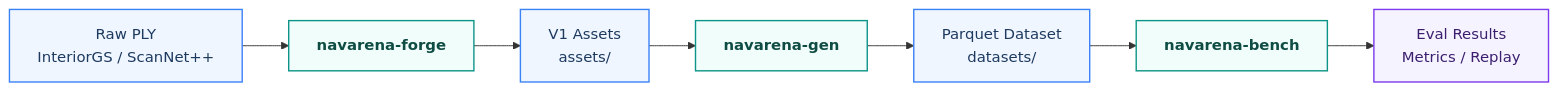
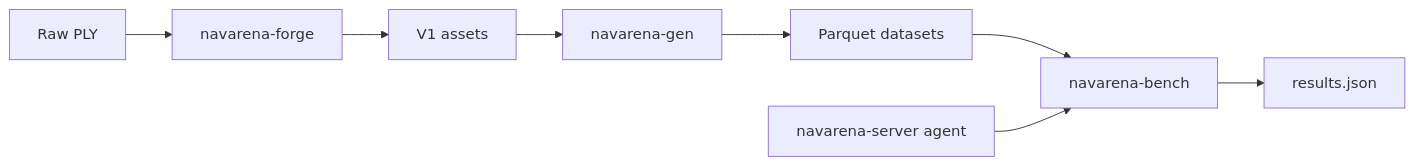
Before and after one commit to EI-Nav/NavArena-Doc: the second of 2 diagrams in docs/concepts/architecture.md, drawn with Mermaid. The commit also changed other lines of this file and 28 other files, not shown here.

First line of the commit message:
docs: trim verbose content and add navarena-server SDK section

````diff
--- a/docs/concepts/architecture.md
+++ b/docs/concepts/architecture.md
@@ -54,13 +63,10 @@
 ```mermaid
 flowchart LR
-    classDef data    fill:#EFF6FF,stroke:#3B82F6,stroke-width:1.5px,color:#1E3A5F
-    classDef module  fill:#F0FDFA,stroke:#0D9488,stroke-width:1.5px,color:#0F4C43,font-weight:600
-    classDef output  fill:#F5F3FF,stroke:#7C3AED,stroke-width:1.5px,color:#3B1F6E
-
-    A["Raw PLY\nInteriorGS / ScanNet++"]:::data --> B[navarena-forge]:::module
-    B --> C["V1 Assets\nassets/"]:::data
-    C --> D[navarena-gen]:::module
-    D --> E["Parquet Dataset\ndatasets/"]:::data
-    E --> F[navarena-bench]:::module
-    F --> G["Eval Results\nMetrics / Replay"]:::output
+    A["Raw PLY"] --> B[navarena-forge]
+    B --> C["V1 assets"]
+    C --> D[navarena-gen]
+    D --> E["Parquet datasets"]
+    E --> F[navarena-bench]
+    S[navarena-server agent] --> F
+    F --> G["results.json"]
 ```
````
